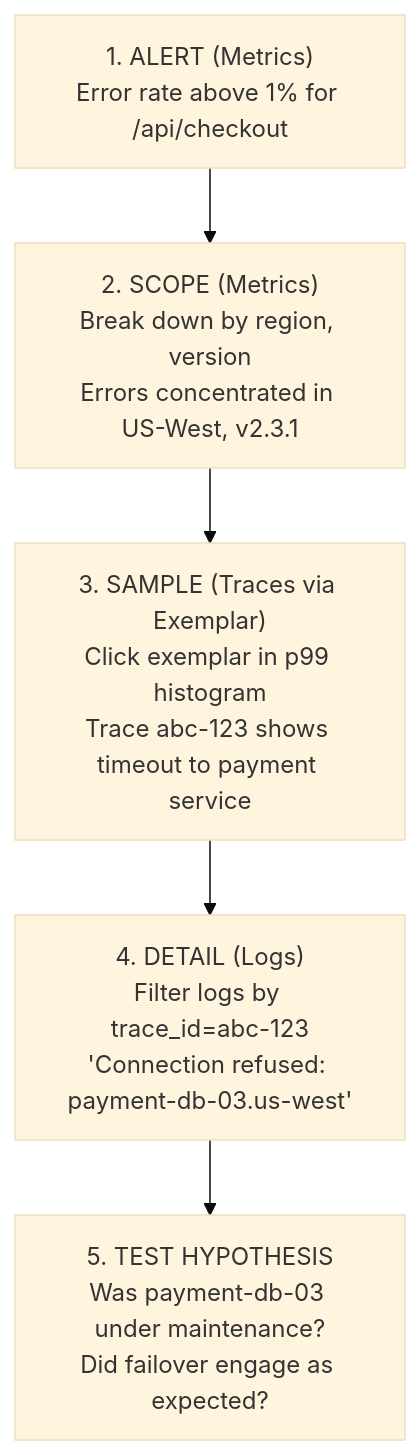
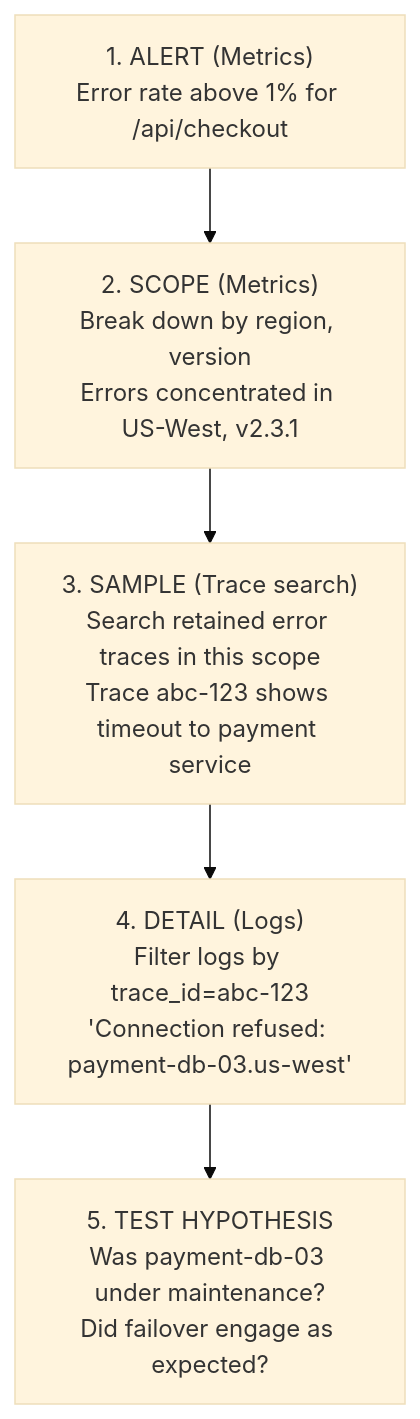
The seventh of 10 diagrams in src/content/docs/platform/foundations/observability-theory/module-3.2-the-three-pillars.md (kube-dojo/kube-dojo.github.io), drawn with Mermaid (base theme) before and after one commit. The commit also changed other lines of this file, not shown here.

````diff
--- a/src/content/docs/platform/foundations/observability-theory/module-3.2-the-three-pillars.md
+++ b/src/content/docs/platform/foundations/observability-theory/module-3.2-the-three-pillars.md
@@ -388,7 +380,7 @@
 ```mermaid
 graph TD
     A["1. ALERT (Metrics)<br/>Error rate above 1% for /api/checkout"] --> B["2. SCOPE (Metrics)<br/>Break down by region, version<br/>Errors concentrated in US-West, v2.3.1"]
-    B --> C["3. SAMPLE (Traces via Exemplar)<br/>Click exemplar in p99 histogram<br/>Trace abc-123 shows timeout to payment service"]
+    B --> C["3. SAMPLE (Trace search)<br/>Search retained error traces in this scope<br/>Trace abc-123 shows timeout to payment service"]
     C --> D["4. DETAIL (Logs)<br/>Filter logs by trace_id=abc-123<br/>'Connection refused: payment-db-03.us-west'"]
     D --> E["5. TEST HYPOTHESIS<br/>Was payment-db-03 under maintenance?<br/>Did failover engage as expected?"]
 ```
````
